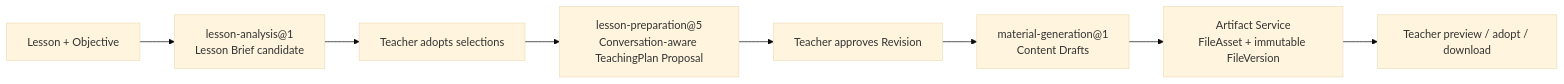
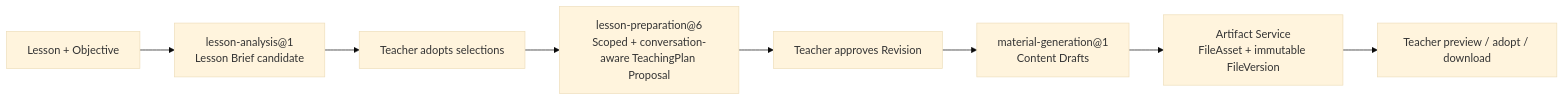
Before and after one commit to CrystalDavid/Edu-Agent: the fifth of 5 diagrams in docs/architecture/README.md, drawn with Mermaid (base theme). The commit also changed other lines of this file and 71 other files, not shown here.

````diff
--- a/docs/architecture/README.md
+++ b/docs/architecture/README.md
@@ -191,10 +200,10 @@
 ```mermaid
 flowchart LR
     LESSON["Lesson + Objective"] --> BRIEF["lesson-analysis@1<br/>Lesson Brief candidate"]
     BRIEF --> BCONFIRM["Teacher adopts selections"]
-    BCONFIRM --> PREP["lesson-preparation@5<br/>Conversation-aware TeachingPlan Proposal"]
+    BCONFIRM --> PREP["lesson-preparation@6<br/>Scoped + conversation-aware TeachingPlan Proposal"]
     PREP --> APPROVE["Teacher approves Revision"]
     APPROVE --> MATERIAL["material-generation@1<br/>Content Drafts"]
     MATERIAL --> ARTIFACT["Artifact Service<br/>FileAsset + immutable FileVersion"]
     ARTIFACT --> ADOPT["Teacher preview / adopt / download"]
 ```
````
